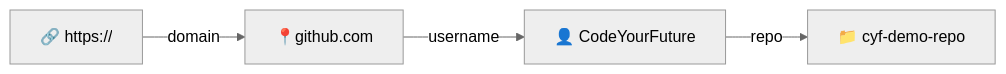
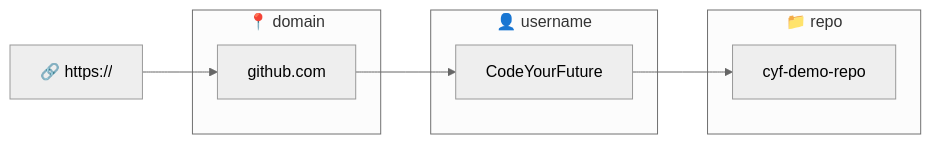
The first of 2 diagrams in common-content/en/module/induction/forking-a-repository/index.md (CodeYourFuture/curriculum), drawn with Mermaid (neutral theme) before and after one commit. The commit also changed other lines of this file and 2 other files, not shown here.

Commit message:
Use subgraph labels instead of edge labels

````diff
--- a/common-content/en/module/induction/forking-a-repository/index.md
+++ b/common-content/en/module/induction/forking-a-repository/index.md
@@ -23,6 +23,15 @@
 ```mermaid
 flowchart LR
-    A[🔗 https://] -->|domain| B[📍github.com]
-    B-->|username| C[👤 CodeYourFuture]
-    C -->|repo| D[📁 cyf-demo-repo]
+    subgraph "📍 domain"
+      B
+    end
+    subgraph "👤 username"
+      C
+    end
+    subgraph "📁 repo"
+      D
+    end
+    A[🔗 https://] --> B[github.com]
+    B--> C[CodeYourFuture]
+    C --> D[cyf-demo-repo]
 ```
````
